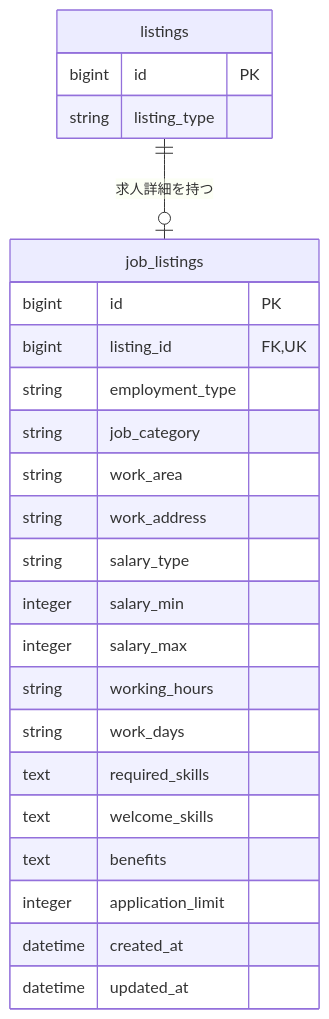
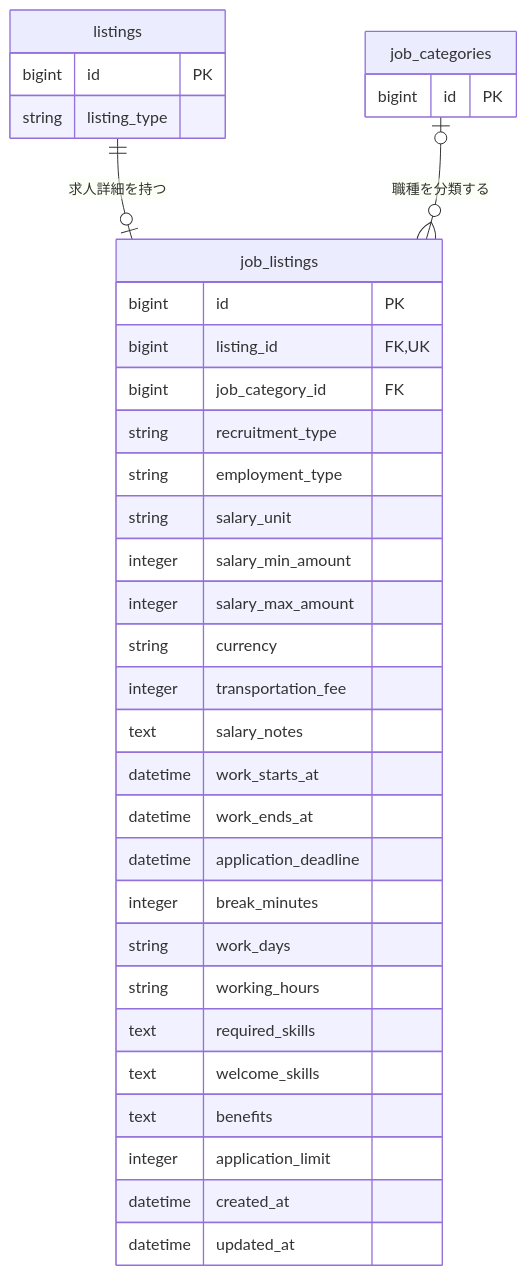
Before and after one commit to t0kio2/community-hub: the third of 8 diagrams in docs/er/01-listing.md, drawn with Mermaid. The commit also changed other lines of this file and 6 other files, not shown here.

````diff
--- a/docs/er/01-listing.md
+++ b/docs/er/01-listing.md
@@ -77,29 +84,40 @@
 ```mermaid
 erDiagram
     listings {
         bigint id PK
         string listing_type
     }
 
+    job_categories {
+        bigint id PK
+    }
+
     job_listings {
         bigint id PK
         bigint listing_id FK, UK
+        bigint job_category_id FK
+        string recruitment_type
         string employment_type
-        string job_category
-        string work_area
-        string work_address
-        string salary_type
-        integer salary_min
-        integer salary_max
+        string salary_unit
+        integer salary_min_amount
+        integer salary_max_amount
+        string currency
+        integer transportation_fee
+        text salary_notes
+        datetime work_starts_at
+        datetime work_ends_at
+        datetime application_deadline
+        integer break_minutes
+        string work_days
         string working_hours
-        string work_days
         text required_skills
         text welcome_skills
         text benefits
         integer application_limit
         datetime created_at
         datetime updated_at
     }
 
     listings ||--o| job_listings : "求人詳細を持つ"
+    job_categories o|--o{ job_listings : "職種を分類する"
 ```
````
